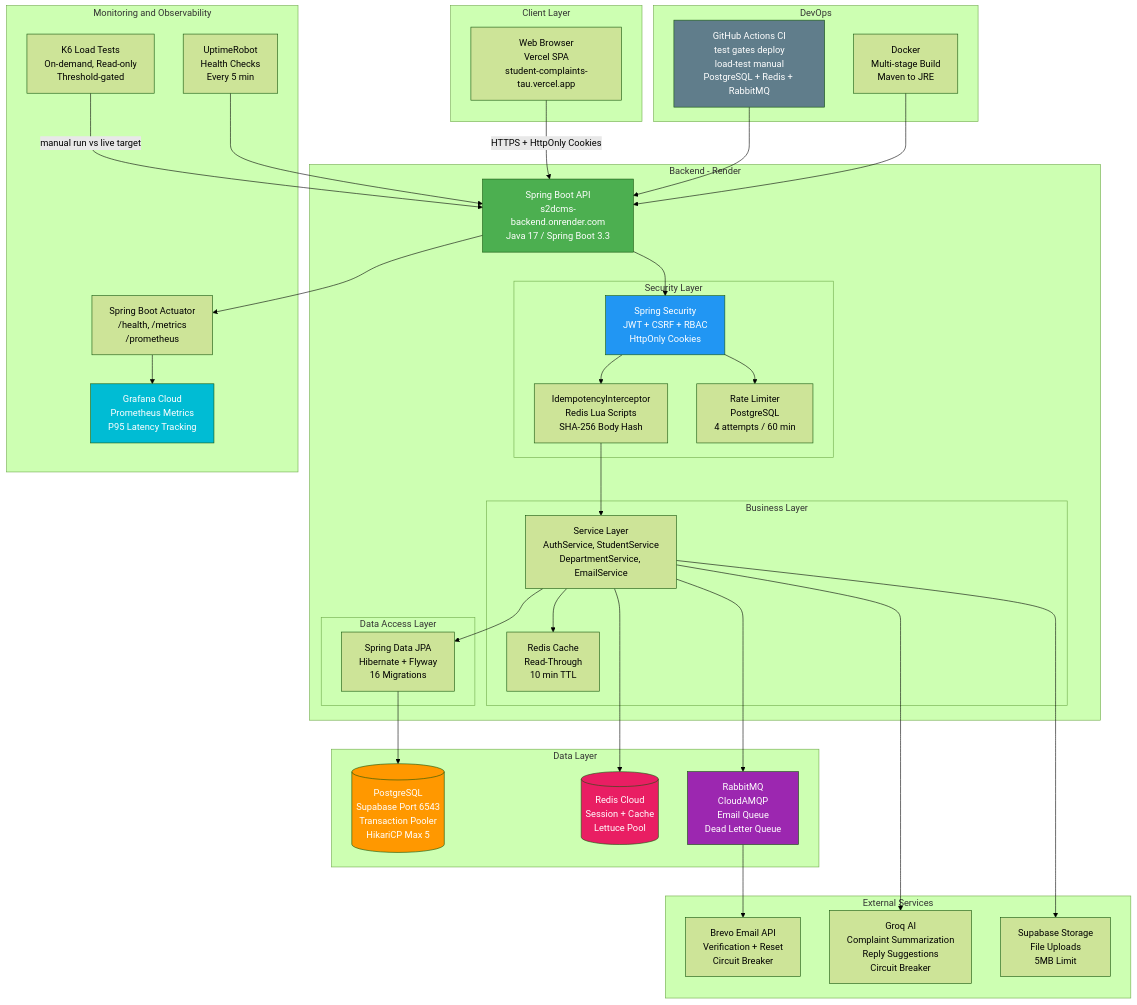
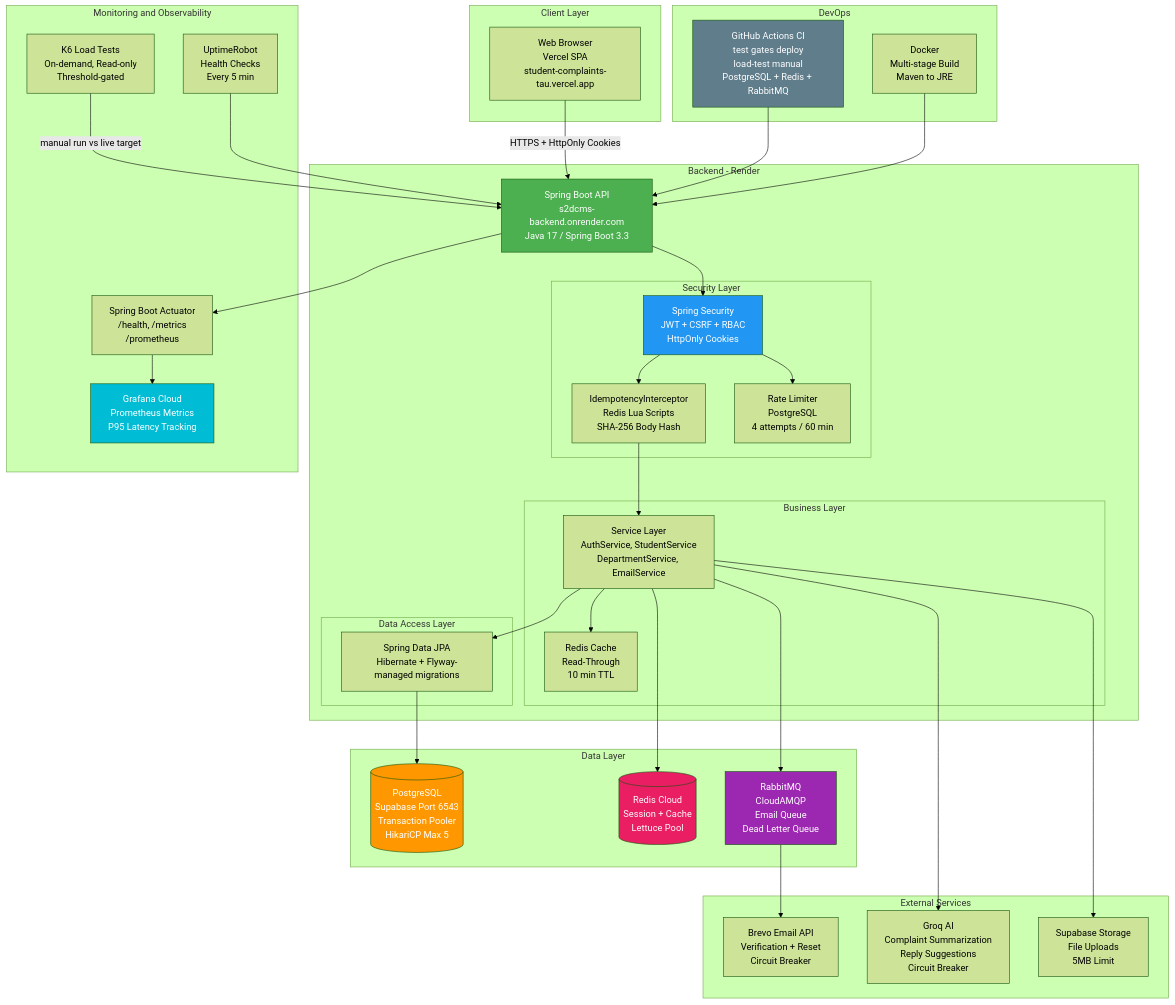
The first of 2 diagrams in README.md (emmanuel-40/s2dcms-backend), drawn with Mermaid (forest theme) before and after one commit. The commit also changed other lines of this file, not shown here.

Commit message:
docs: refresh README content and diagram presentation

````diff
--- a/README.md
+++ b/README.md
@@ -32,77 +32,77 @@
 ```mermaid
 flowchart TB
     subgraph Client_Layer["Client Layer"]
         Client["Web Browser<br>Vercel SPA<br>student-complaints-tau.vercel.app"]
     end
 
     subgraph Backend["Backend - Render"]
         API["Spring Boot API<br>s2dcms-backend.onrender.com<br>Java 17 / Spring Boot 3.3"]
 
         subgraph Security_Layer["Security Layer"]
             Security["Spring Security<br>JWT + CSRF + RBAC<br>HttpOnly Cookies"]
             Idempotency["IdempotencyInterceptor<br>Redis Lua Scripts<br>SHA-256 Body Hash"]
             RateLimit["Rate Limiter<br>PostgreSQL<br>4 attempts / 60 min"]
         end
 
         subgraph Business_Layer["Business Layer"]
             Services["Service Layer<br>AuthService, StudentService<br>DepartmentService, EmailService"]
             Cache["Redis Cache<br>Read-Through<br>10 min TTL"]
         end
 
         subgraph Data_Access_Layer["Data Access Layer"]
-            JPA["Spring Data JPA<br>Hibernate + Flyway<br>16 Migrations"]
+            JPA["Spring Data JPA<br>Hibernate + Flyway-managed migrations"]
         end
     end
 
     subgraph Data_Layer["Data Layer"]
         DB[("PostgreSQL<br>Supabase Port 6543<br>Transaction Pooler<br>HikariCP Max 5")]
         Redis[("Redis Cloud<br>Session + Cache<br>Lettuce Pool")]
         Queue["RabbitMQ<br>CloudAMQP<br>Email Queue<br>Dead Letter Queue"]
     end
 
     subgraph External_Services["External Services"]
         Email["Brevo Email API<br>Verification + Reset<br>Circuit Breaker"]
         AI["Groq AI<br>Complaint Summarization<br>Reply Suggestions<br>Circuit Breaker"]
         Storage["Supabase Storage<br>File Uploads<br>5MB Limit"]
     end
 
     subgraph Monitoring["Monitoring and Observability"]
         Grafana["Grafana Cloud<br>Prometheus Metrics<br>P95 Latency Tracking"]
         Actuator["Spring Boot Actuator<br>/health, /metrics<br>/prometheus"]
         K6["K6 Load Tests<br>On-demand, Read-only<br>Threshold-gated"]
         Uptime["UptimeRobot<br>Health Checks<br>Every 5 min"]
     end
 
     subgraph DevOps["DevOps"]
         CI["GitHub Actions CI<br>test gates deploy<br>load-test manual<br>PostgreSQL + Redis + RabbitMQ"]
         Docker["Docker<br>Multi-stage Build<br>Maven to JRE"]
     end
 
     Client -->|"HTTPS + HttpOnly Cookies"| API
     API --> Security
     Security --> Idempotency
     Security --> RateLimit
     Idempotency --> Services
     Services --> Cache
     Services --> JPA
     JPA --> DB
     Services --> Redis
     Services --> Queue
     Queue --> Email
     Services --> AI
     Services --> Storage
     API --> Actuator
     Actuator --> Grafana
     K6 -->|"manual run vs live target"| API
     Uptime --> API
     CI --> API
     Docker --> API
 
     style API fill:#4CAF50,color:#fff
     style Security fill:#2196F3,color:#fff
     style DB fill:#FF9800,color:#fff
     style Redis fill:#E91E63,color:#fff
     style Queue fill:#9C27B0,color:#fff
     style Grafana fill:#00BCD4,color:#fff
     style CI fill:#607D8B,color:#fff
 ```
````
